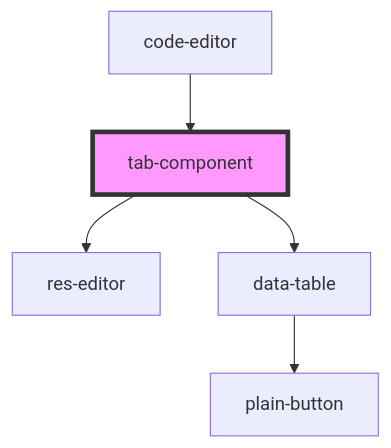
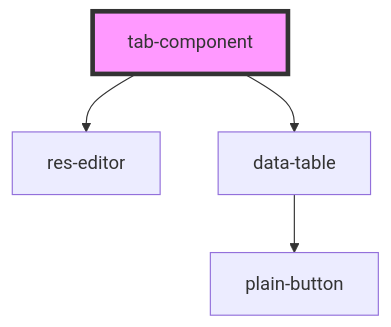
One commit to techvariable/NeptuneConnectComponents changed the diagram in src/components/tab-component/readme.md. Above: the diagram before and after it, drawn with Mermaid. The commit also changed other lines of this file and 11 other files, not shown here.

````diff
--- a/src/components/tab-component/readme.md
+++ b/src/components/tab-component/readme.md
@@ -28,8 +24,7 @@
 ```mermaid
 graph TD;
   tab-component --> res-editor
   tab-component --> data-table
   data-table --> plain-button
-  code-editor --> tab-component
   style tab-component fill:#f9f,stroke:#333,stroke-width:4px
 ```
````
